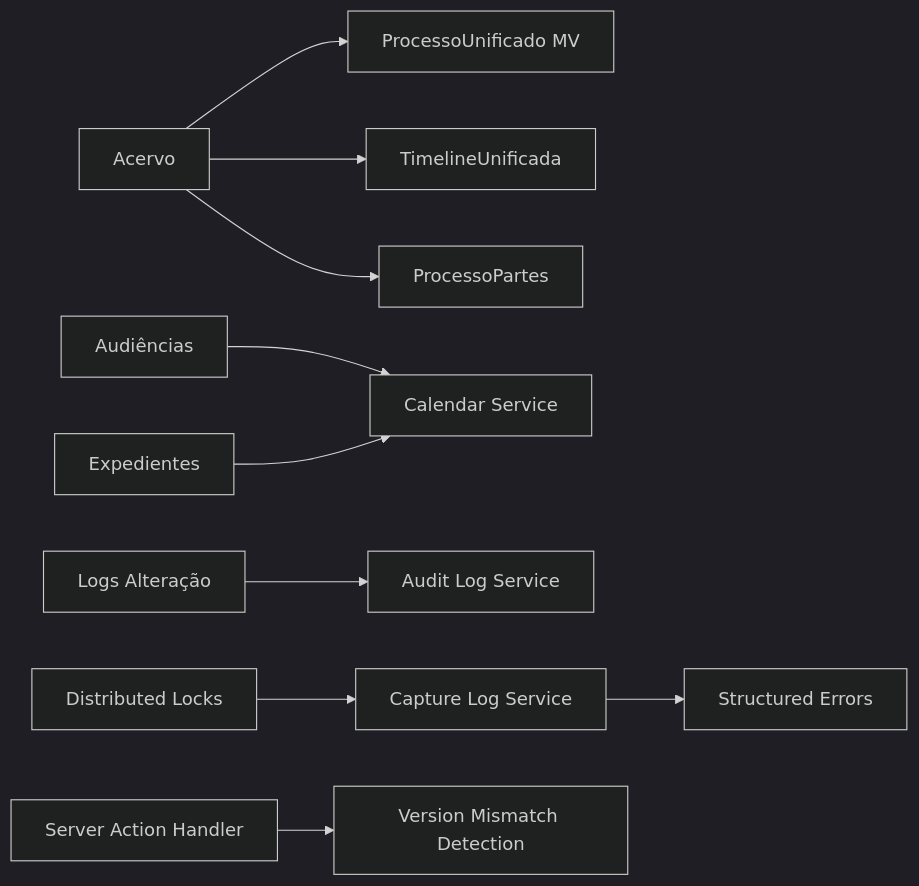
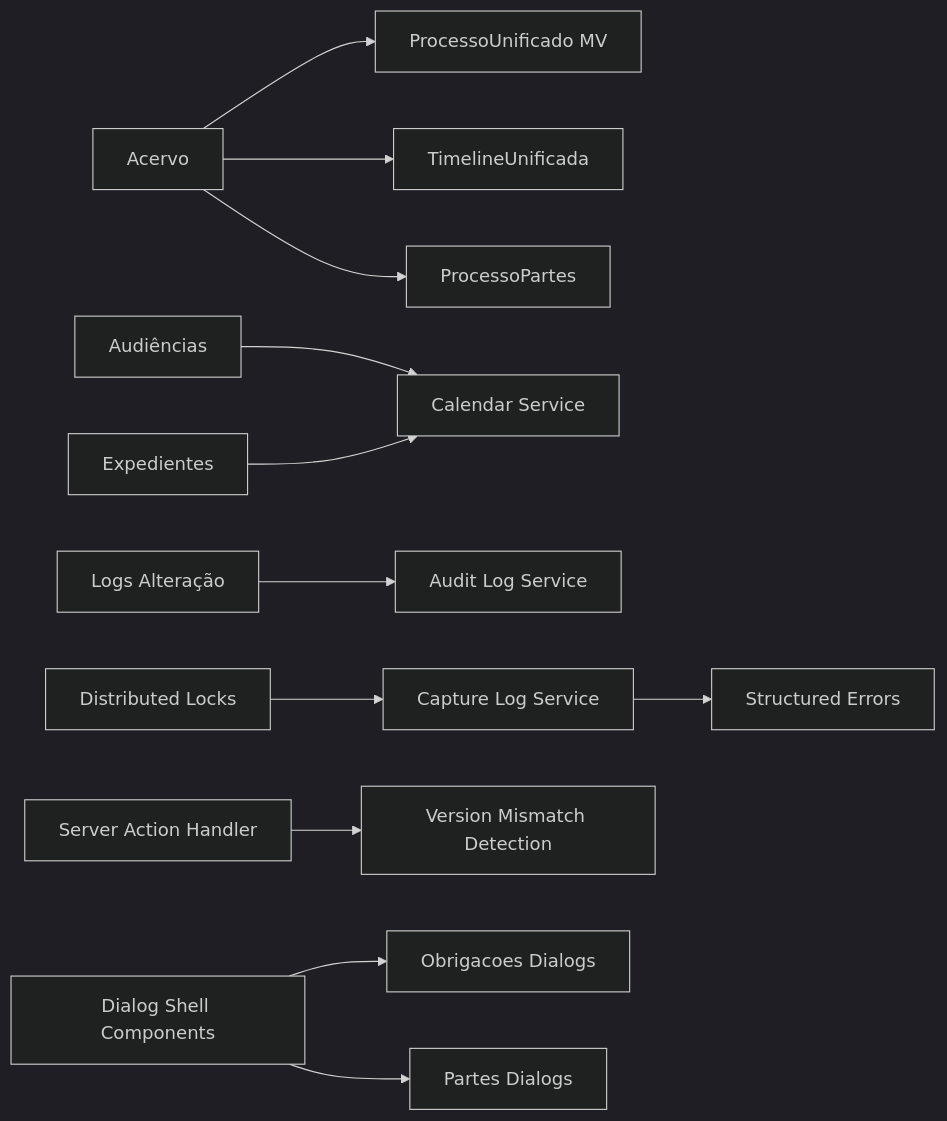
Diagram 17 of 17 in .qoder/repowiki/en/content/Legal Process Management System/Legal Process Management System.md (SinesysTech/zattar-os), drawn with Mermaid (dark theme) before and after one commit. The commit also changed other lines of this file and 4 other files, not shown here.

````diff
--- a/.qoder/repowiki/en/content/Legal Process Management System/Legal Process Management System.md
+++ b/.qoder/repowiki/en/content/Legal Process Management System/Legal Process Management System.md
@@ -650,12 +828,14 @@
 ```mermaid
 graph LR
 A["Acervo"] --> B["ProcessoUnificado MV"]
 A --> C["TimelineUnificada"]
 A --> D["ProcessoPartes"]
 E["Audiências"] --> F["Calendar Service"]
 G["Expedientes"] --> F
 H["Logs Alteração"] --> I["Audit Log Service"]
 J["Capture Log Service"] --> K["Structured Errors"]
 L["Distributed Locks"] --> J
 M["Server Action Handler"] --> N["Version Mismatch Detection"]
+O["Dialog Shell Components"] --> P["Obrigacoes Dialogs"]
+O --> Q["Partes Dialogs"]
 ```
````
